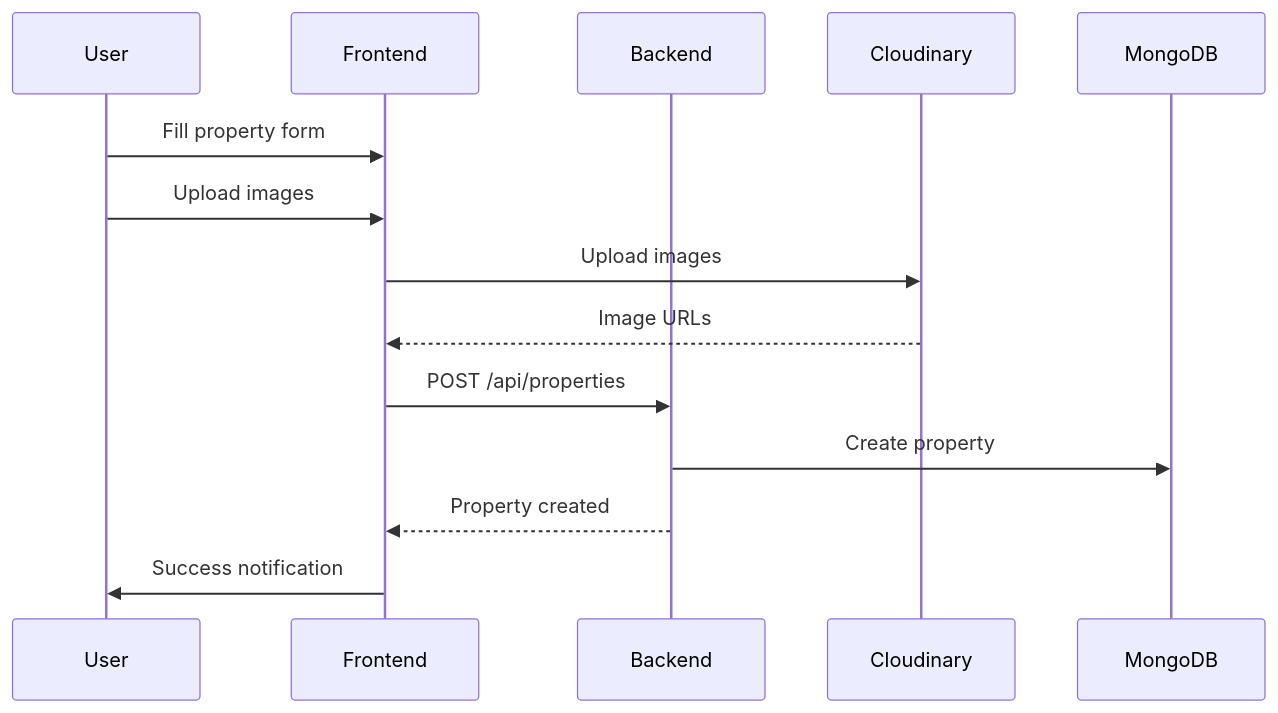
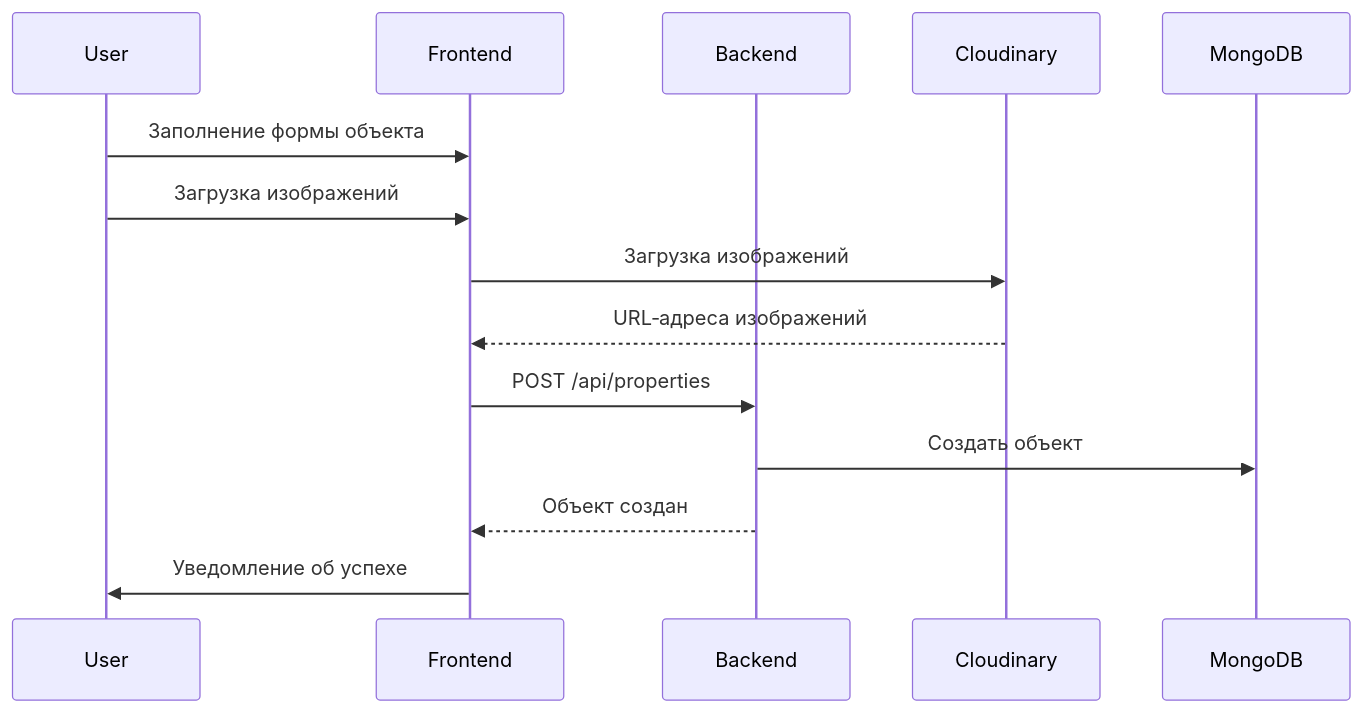
Before and after one commit to boris2024-spec/NADLAN: the third of 3 diagrams in README_RU.md, drawn with Mermaid. The commit also changed other lines of this file and 1 other file, not shown here.

Commit message:
fix(README_RU): обновить диаграммы последовательности и перевести текст на русский язык

````diff
--- a/README_RU.md
+++ b/README_RU.md
@@ -709,17 +709,17 @@
 ```mermaid
 sequenceDiagram
     participant User
     participant Frontend
     participant Backend
     participant Cloudinary
     participant MongoDB
 
-    User->>Frontend: Fill property form
-    User->>Frontend: Upload images
-    Frontend->>Cloudinary: Upload images
-    Cloudinary-->>Frontend: Image URLs
+    User->>Frontend: Заполнение формы объекта
+    User->>Frontend: Загрузка изображений
+    Frontend->>Cloudinary: Загрузка изображений
+    Cloudinary-->>Frontend: URL‑адреса изображений
     Frontend->>Backend: POST /api/properties
-    Backend->>MongoDB: Create property
-    Backend-->>Frontend: Property created
-    Frontend->>User: Success notification
+    Backend->>MongoDB: Создать объект
+    Backend-->>Frontend: Объект создан
+    Frontend->>User: Уведомление об успехе
 ```
````
